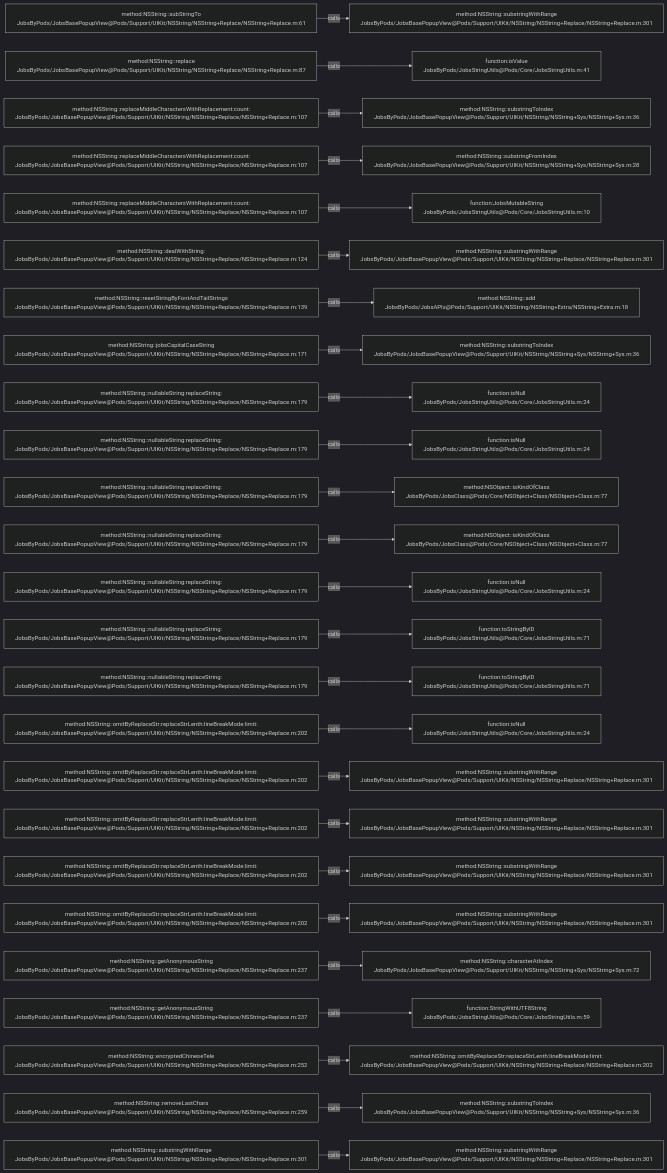
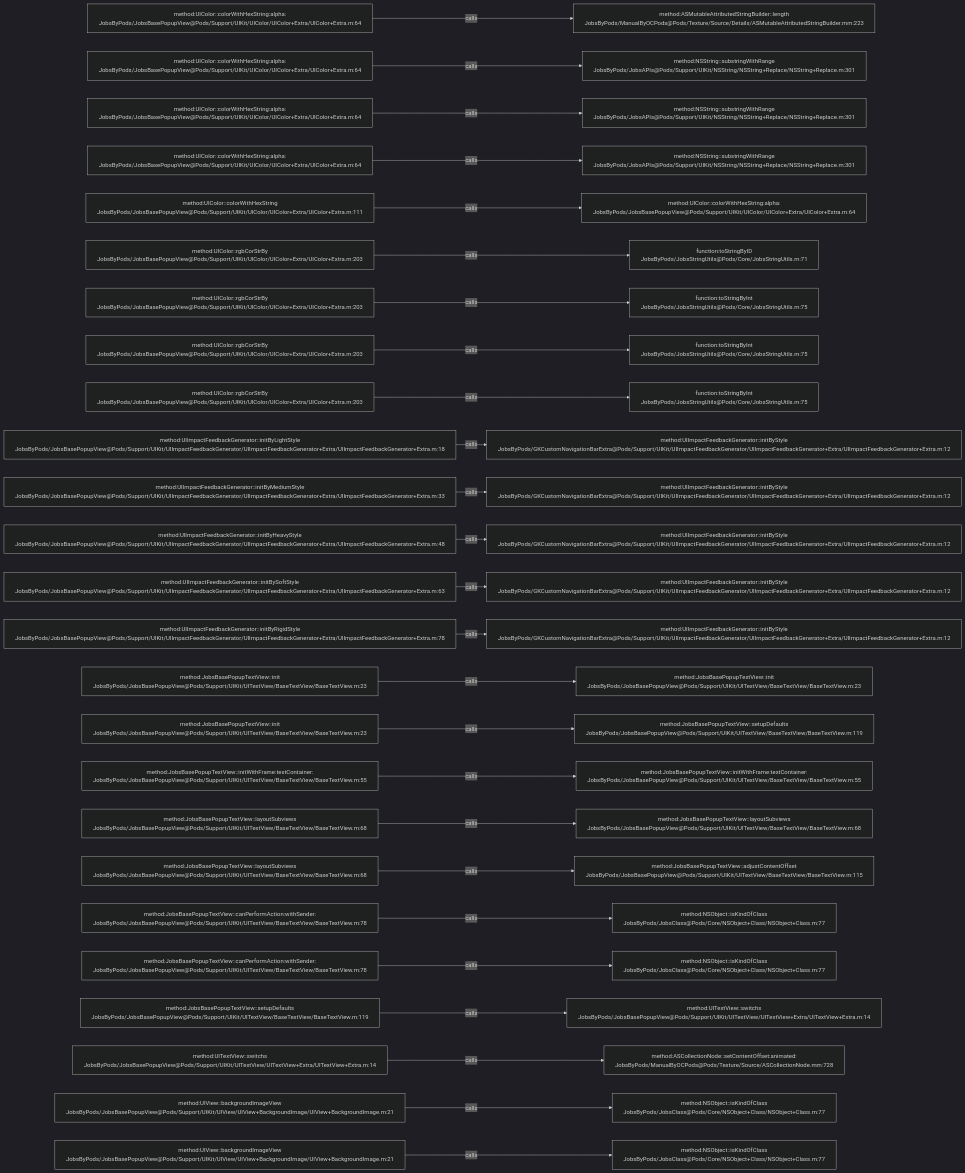
The diagram in .codegraph/codegraph.md/graphs/calls-025.md (JobsKits/JobsOCBaseConfigDemo), drawn with Mermaid (dark theme) before and after one commit. The commit also changed 1026 other files, not shown here.

````diff
--- a/.codegraph/codegraph.md/graphs/calls-025.md
+++ b/.codegraph/codegraph.md/graphs/calls-025.md
@@ -13,78 +13,78 @@
 ```mermaid
 flowchart LR
-  S1["method:NSString::subStringTo<br/>JobsByPods/JobsBasePopupView@Pods/Support/UIKit/NSString/NSString+Replace/NSString+Replace.m:61"]
-  T1["method:NSString::substringWithRange<br/>JobsByPods/JobsBasePopupView@Pods/Support/UIKit/NSString/NSString+Replace/NSString+Replace.m:301"]
+  S1["method:UIColor::colorWithHexString:alpha:<br/>JobsByPods/JobsBasePopupView@Pods/Support/UIKit/UIColor/UIColor+Extra/UIColor+Extra.m:64"]
+  T1["method:ASMutableAttributedStringBuilder::length<br/>JobsByPods/ManualByOCPods@Pods/Texture/Source/Details/ASMutableAttributedStringBuilder.mm:223"]
   S1 -->|calls| T1
-  S2["method:NSString::replace<br/>JobsByPods/JobsBasePopupView@Pods/Support/UIKit/NSString/NSString+Replace/NSString+Replace.m:87"]
-  T2["function:isValue<br/>JobsByPods/JobsStringUtils@Pods/Core/JobsStringUtils.m:41"]
+  S2["method:UIColor::colorWithHexString:alpha:<br/>JobsByPods/JobsBasePopupView@Pods/Support/UIKit/UIColor/UIColor+Extra/UIColor+Extra.m:64"]
+  T2["method:NSString::substringWithRange<br/>JobsByPods/JobsAPIs@Pods/Support/UIKit/NSString/NSString+Replace/NSString+Replace.m:301"]
   S2 -->|calls| T2
-  S3["method:NSString::replaceMiddleCharactersWithReplacement:count:<br/>JobsByPods/JobsBasePopupView@Pods/Support/UIKit/NSString/NSString+Replace/NSString+Replace.m:107"]
-  T3["method:NSString::substringToIndex<br/>JobsByPods/JobsBasePopupView@Pods/Support/UIKit/NSString/NSString+Sys/NSString+Sys.m:36"]
+  S3["method:UIColor::colorWithHexString:alpha:<br/>JobsByPods/JobsBasePopupView@Pods/Support/UIKit/UIColor/UIColor+Extra/UIColor+Extra.m:64"]
+  T3["method:NSString::substringWithRange<br/>JobsByPods/JobsAPIs@Pods/Support/UIKit/NSString/NSString+Replace/NSString+Replace.m:301"]
   S3 -->|calls| T3
-  S4["method:NSString::replaceMiddleCharactersWithReplacement:count:<br/>JobsByPods/JobsBasePopupView@Pods/Support/UIKit/NSString/NSString+Replace/NSString+Replace.m:107"]
-  T4["method:NSString::substringFromIndex<br/>JobsByPods/JobsBasePopupView@Pods/Support/UIKit/NSString/NSString+Sys/NSString+Sys.m:28"]
+  S4["method:UIColor::colorWithHexString:alpha:<br/>JobsByPods/JobsBasePopupView@Pods/Support/UIKit/UIColor/UIColor+Extra/UIColor+Extra.m:64"]
+  T4["method:NSString::substringWithRange<br/>JobsByPods/JobsAPIs@Pods/Support/UIKit/NSString/NSString+Replace/NSString+Replace.m:301"]
   S4 -->|calls| T4
-  S5["method:NSString::replaceMiddleCharactersWithReplacement:count:<br/>JobsByPods/JobsBasePopupView@Pods/Support/UIKit/NSString/NSString+Replace/NSString+Replace.m:107"]
-  T5["function:JobsMutableString<br/>JobsByPods/JobsStringUtils@Pods/Core/JobsStringUtils.m:10"]
+  S5["method:UIColor::colorWithHexString<br/>JobsByPods/JobsBasePopupView@Pods/Support/UIKit/UIColor/UIColor+Extra/UIColor+Extra.m:111"]
+  T5["method:UIColor::colorWithHexString:alpha:<br/>JobsByPods/JobsBasePopupView@Pods/Support/UIKit/UIColor/UIColor+Extra/UIColor+Extra.m:64"]
   S5 -->|calls| T5
-  S6["method:NSString::dealWithString:<br/>JobsByPods/JobsBasePopupView@Pods/Support/UIKit/NSString/NSString+Replace/NSString+Replace.m:124"]
-  T6["method:NSString::substringWithRange<br/>JobsByPods/JobsBasePopupView@Pods/Support/UIKit/NSString/NSString+Replace/NSString+Replace.m:301"]
+  S6["method:UIColor::rgbCorStrBy<br/>JobsByPods/JobsBasePopupView@Pods/Support/UIKit/UIColor/UIColor+Extra/UIColor+Extra.m:203"]
+  T6["function:toStringByID<br/>JobsByPods/JobsStringUtils@Pods/Core/JobsStringUtils.m:71"]
   S6 -->|calls| T6
-  S7["method:NSString::resetStringByFontAndTailStrings<br/>JobsByPods/JobsBasePopupView@Pods/Support/UIKit/NSString/NSString+Replace/NSString+Replace.m:139"]
-  T7["method:NSString::add<br/>JobsByPods/JobsAPIs@Pods/Support/UIKit/NSString/NSString+Extra/NSString+Extra.m:18"]
+  S7["method:UIColor::rgbCorStrBy<br/>JobsByPods/JobsBasePopupView@Pods/Support/UIKit/UIColor/UIColor+Extra/UIColor+Extra.m:203"]
+  T7["function:toStringByInt<br/>JobsByPods/JobsStringUtils@Pods/Core/JobsStringUtils.m:75"]
   S7 -->|calls| T7
-  S8["method:NSString::jobsCapitalCaseString<br/>JobsByPods/JobsBasePopupView@Pods/Support/UIKit/NSString/NSString+Replace/NSString+Replace.m:171"]
-  T8["method:NSString::substringToIndex<br/>JobsByPods/JobsBasePopupView@Pods/Support/UIKit/NSString/NSString+Sys/NSString+Sys.m:36"]
+  S8["method:UIColor::rgbCorStrBy<br/>JobsByPods/JobsBasePopupView@Pods/Support/UIKit/UIColor/UIColor+Extra/UIColor+Extra.m:203"]
+  T8["function:toStringByInt<br/>JobsByPods/JobsStringUtils@Pods/Core/JobsStringUtils.m:75"]
   S8 -->|calls| T8
-  S9["method:NSString::nullableString:replaceString:<br/>JobsByPods/JobsBasePopupView@Pods/Support/UIKit/NSString/NSString+Replace/NSString+Replace.m:179"]
-  T9["function:isNull<br/>JobsByPods/JobsStringUtils@Pods/Core/JobsStringUtils.m:24"]
+  S9["method:UIColor::rgbCorStrBy<br/>JobsByPods/JobsBasePopupView@Pods/Support/UIKit/UIColor/UIColor+Extra/UIColor+Extra.m:203"]
+  T9["function:toStringByInt<br/>JobsByPods/JobsStringUtils@Pods/Core/JobsStringUtils.m:75"]
   S9 -->|calls| T9
-  S10["method:NSString::nullableString:replaceString:<br/>JobsByPods/JobsBasePopupView@Pods/Support/UIKit/NSString/NSString+Replace/NSString+Replace.m:179"]
-  T10["function:isNull<br/>JobsByPods/JobsStringUtils@Pods/Core/JobsStringUtils.m:24"]
+  S10["method:UIImpactFeedbackGenerator::initByLightStyle<br/>JobsByPods/JobsBasePopupView@Pods/Support/UIKit/UIImpactFeedbackGenerator/UIImpactFeedbackGenerator+Extra/UIImpactFeedbackGenerator+Extra.m:18"]
+  T10["method:UIImpactFeedbackGenerator::initByStyle<br/>JobsByPods/GKCustomNavigationBarExtra@Pods/Support/UIKit/UIImpactFeedbackGenerator/UIImpactFeedbackGenerator+Extra/UIImpactFeedbackGenerator+Extra.m:12"]
   S10 -->|calls| T10
-  S11["method:NSString::nullableString:replaceString:<br/>JobsByPods/JobsBasePopupView@Pods/Support/UIKit/NSString/NSString+Replace/NSString+Replace.m:179"]
-  T11["method:NSObject::isKindOfClass<br/>JobsByPods/JobsClass@Pods/Core/NSObject+Class/NSObject+Class.m:77"]
+  S11["method:UIImpactFeedbackGenerator::initByMediumStyle<br/>JobsByPods/JobsBasePopupView@Pods/Support/UIKit/UIImpactFeedbackGenerator/UIImpactFeedbackGenerator+Extra/UIImpactFeedbackGenerator+Extra.m:33"]
+  T11["method:UIImpactFeedbackGenerator::initByStyle<br/>JobsByPods/GKCustomNavigationBarExtra@Pods/Support/UIKit/UIImpactFeedbackGenerator/UIImpactFeedbackGenerator+Extra/UIImpactFeedbackGenerator+Extra.m:12"]
   S11 -->|calls| T11
-  S12["method:NSString::nullableString:replaceString:<br/>JobsByPods/JobsBasePopupView@Pods/Support/UIKit/NSString/NSString+Replace/NSString+Replace.m:179"]
-  T12["method:NSObject::isKindOfClass<br/>JobsByPods/JobsClass@Pods/Core/NSObject+Class/NSObject+Class.m:77"]
+  S12["method:UIImpactFeedbackGenerator::initByHeavyStyle<br/>JobsByPods/JobsBasePopupView@Pods/Support/UIKit/UIImpactFeedbackGenerator/UIImpactFeedbackGenerator+Extra/UIImpactFeedbackGenerator+Extra.m:48"]
+  T12["method:UIImpactFeedbackGenerator::initByStyle<br/>JobsByPods/GKCustomNavigationBarExtra@Pods/Support/UIKit/UIImpactFeedbackGenerator/UIImpactFeedbackGenerator+Extra/UIImpactFeedbackGenerator+Extra.m:12"]
   S12 -->|calls| T12
-  S13["method:NSString::nullableString:replaceString:<br/>JobsByPods/JobsBasePopupView@Pods/Support/UIKit/NSString/NSString+Replace/NSString+Replace.m:179"]
-  T13["function:isNull<br/>JobsByPods/JobsStringUtils@Pods/Core/JobsStringUtils.m:24"]
+  S13["method:UIImpactFeedbackGenerator::initBySoftStyle<br/>JobsByPods/JobsBasePopupView@Pods/Support/UIKit/UIImpactFeedbackGenerator/UIImpactFeedbackGenerator+Extra/UIImpactFeedbackGenerator+Extra.m:63"]
+  T13["method:UIImpactFeedbackGenerator::initByStyle<br/>JobsByPods/GKCustomNavigationBarExtra@Pods/Support/UIKit/UIImpactFeedbackGenerator/UIImpactFeedbackGenerator+Extra/UIImpactFeedbackGenerator+Extra.m:12"]
   S13 -->|calls| T13
-  S14["method:NSString::nullableString:replaceString:<br/>JobsByPods/JobsBasePopupView@Pods/Support/UIKit/NSString/NSString+Replace/NSString+Replace.m:179"]
-  T14["function:toStringByID<br/>JobsByPods/JobsStringUtils@Pods/Core/JobsStringUtils.m:71"]
+  S14["method:UIImpactFeedbackGenerator::initByRigidStyle<br/>JobsByPods/JobsBasePopupView@Pods/Support/UIKit/UIImpactFeedbackGenerator/UIImpactFeedbackGenerator+Extra/UIImpactFeedbackGenerator+Extra.m:78"]
+  T14["method:UIImpactFeedbackGenerator::initByStyle<br/>JobsByPods/GKCustomNavigationBarExtra@Pods/Support/UIKit/UIImpactFeedbackGenerator/UIImpactFeedbackGenerator+Extra/UIImpactFeedbackGenerator+Extra.m:12"]
   S14 -->|calls| T14
-  S15["method:NSString::nullableString:replaceString:<br/>JobsByPods/JobsBasePopupView@Pods/Support/UIKit/NSString/NSString+Replace/NSString+Replace.m:179"]
-  T15["function:toStringByID<br/>JobsByPods/JobsStringUtils@Pods/Core/JobsStringUtils.m:71"]
+  S15["method:JobsBasePopupTextView::init<br/>JobsByPods/JobsBasePopupView@Pods/Support/UIKit/UITextView/BaseTextView/BaseTextView.m:23"]
+  T15["method:JobsBasePopupTextView::init<br/>JobsByPods/JobsBasePopupView@Pods/Support/UIKit/UITextView/BaseTextView/BaseTextView.m:23"]
   S15 -->|calls| T15
-  S16["method:NSString::omitByReplaceStr:replaceStrLenth:lineBreakMode:limit:<br/>JobsByPods/JobsBasePopupView@Pods/Support/UIKit/NSString/NSString+Replace/NSString+Replace.m:202"]
-  T16["function:isNull<br/>JobsByPods/JobsStringUtils@Pods/Core/JobsStringUtils.m:24"]
+  S16["method:JobsBasePopupTextView::init<br/>JobsByPods/JobsBasePopupView@Pods/Support/UIKit/UITextView/BaseTextView/BaseTextView.m:23"]
+  T16["method:JobsBasePopupTextView::setupDefaults<br/>JobsByPods/JobsBasePopupView@Pods/Support/UIKit/UITextView/BaseTextView/BaseTextView.m:119"]
   S16 -->|calls| T16
-  S17["method:NSString::omitByReplaceStr:replaceStrLenth:lineBreakMode:limit:<br/>JobsByPods/JobsBasePopupView@Pods/Support/UIKit/NSString/NSString+Replace/NSString+Replace.m:202"]
-  T17["method:NSString::substringWithRange<br/>JobsByPods/JobsBasePopupView@Pods/Support/UIKit/NSString/NSString+Replace/NSString+Replace.m:301"]
+  S17["method:JobsBasePopupTextView::initWithFrame:textContainer:<br/>JobsByPods/JobsBasePopupView@Pods/Support/UIKit/UITextView/BaseTextView/BaseTextView.m:55"]
+  T17["method:JobsBasePopupTextView::initWithFrame:textContainer:<br/>JobsByPods/JobsBasePopupView@Pods/Support/UIKit/UITextView/BaseTextView/BaseTextView.m:55"]
   S17 -->|calls| T17
-  S18["method:NSString::omitByReplaceStr:replaceStrLenth:lineBreakMode:limit:<br/>JobsByPods/JobsBasePopupView@Pods/Support/UIKit/NSString/NSString+Replace/NSString+Replace.m:202"]
-  T18["method:NSString::substringWithRange<br/>JobsByPods/JobsBasePopupView@Pods/Support/UIKit/NSString/NSString+Replace/NSString+Replace.m:301"]
+  S18["method:JobsBasePopupTextView::layoutSubviews<br/>JobsByPods/JobsBasePopupView@Pods/Support/UIKit/UITextView/BaseTextView/BaseTextView.m:68"]
+  T18["method:JobsBasePopupTextView::layoutSubviews<br/>JobsByPods/JobsBasePopupView@Pods/Support/UIKit/UITextView/BaseTextView/BaseTextView.m:68"]
   S18 -->|calls| T18
-  S19["method:NSString::omitByReplaceStr:replaceStrLenth:lineBreakMode:limit:<br/>JobsByPods/JobsBasePopupView@Pods/Support/UIKit/NSString/NSString+Replace/NSString+Replace.m:202"]
-  T19["method:NSString::substringWithRange<br/>JobsByPods/JobsBasePopupView@Pods/Support/UIKit/NSString/NSString+Replace/NSString+Replace.m:301"]
+  S19["method:JobsBasePopupTextView::layoutSubviews<br/>JobsByPods/JobsBasePopupView@Pods/Support/UIKit/UITextView/BaseTextView/BaseTextView.m:68"]
+  T19["method:JobsBasePopupTextView::adjustContentOffset<br/>JobsByPods/JobsBasePopupView@Pods/Support/UIKit/UITextView/BaseTextView/BaseTextView.m:115"]
   S19 -->|calls| T19
-  S20["method:NSString::omitByReplaceStr:replaceStrLenth:lineBreakMode:limit:<br/>JobsByPods/JobsBasePopupView@Pods/Support/UIKit/NSString/NSString+Replace/NSString+Replace.m:202"]
-  T20["method:NSString::substringWithRange<br/>JobsByPods/JobsBasePopupView@Pods/Support/UIKit/NSString/NSString+Replace/NSString+Replace.m:301"]
+  S20["method:JobsBasePopupTextView::canPerformAction:withSender:<br/>JobsByPods/JobsBasePopupView@Pods/Support/UIKit/UITextView/BaseTextView/BaseTextView.m:78"]
+  T20["method:NSObject::isKindOfClass<br/>JobsByPods/JobsClass@Pods/Core/NSObject+Class/NSObject+Class.m:77"]
   S20 -->|calls| T20
-  S21["method:NSString::getAnonymousString<br/>JobsByPods/JobsBasePopupView@Pods/Support/UIKit/NSString/NSString+Replace/NSString+Replace.m:237"]
-  T21["method:NSString::characterAtIndex<br/>JobsByPods/JobsBasePopupView@Pods/Support/UIKit/NSString/NSString+Sys/NSString+Sys.m:72"]
+  S21["method:JobsBasePopupTextView::canPerformAction:withSender:<br/>JobsByPods/JobsBasePopupView@Pods/Support/UIKit/UITextView/BaseTextView/BaseTextView.m:78"]
+  T21["method:NSObject::isKindOfClass<br/>JobsByPods/JobsClass@Pods/Core/NSObject+Class/NSObject+Class.m:77"]
   S21 -->|calls| T21
-  S22["method:NSString::getAnonymousString<br/>JobsByPods/JobsBasePopupView@Pods/Support/UIKit/NSString/NSString+Replace/NSString+Replace.m:237"]
-  T22["function:StringWithUTF8String<br/>JobsByPods/JobsStringUtils@Pods/Core/JobsStringUtils.m:59"]
+  S22["method:JobsBasePopupTextView::setupDefaults<br/>JobsByPods/JobsBasePopupView@Pods/Support/UIKit/UITextView/BaseTextView/BaseTextView.m:119"]
+  T22["method:UITextView::switchs<br/>JobsByPods/JobsBasePopupView@Pods/Support/UIKit/UITextView/UITextView+Extra/UITextView+Extra.m:14"]
   S22 -->|calls| T22
-  S23["method:NSString::encryptedChineseTele<br/>JobsByPods/JobsBasePopupView@Pods/Support/UIKit/NSString/NSString+Replace/NSString+Replace.m:252"]
-  T23["method:NSString::omitByReplaceStr:replaceStrLenth:lineBreakMode:limit:<br/>JobsByPods/JobsBasePopupView@Pods/Support/UIKit/NSString/NSString+Replace/NSString+Replace.m:202"]
+  S23["method:UITextView::switchs<br/>JobsByPods/JobsBasePopupView@Pods/Support/UIKit/UITextView/UITextView+Extra/UITextView+Extra.m:14"]
+  T23["method:ASCollectionNode::setContentOffset:animated:<br/>JobsByPods/ManualByOCPods@Pods/Texture/Source/ASCollectionNode.mm:728"]
   S23 -->|calls| T23
-  S24["method:NSString::removeLastChars<br/>JobsByPods/JobsBasePopupView@Pods/Support/UIKit/NSString/NSString+Replace/NSString+Replace.m:259"]
-  T24["method:NSString::substringToIndex<br/>JobsByPods/JobsBasePopupView@Pods/Support/UIKit/NSString/NSString+Sys/NSString+Sys.m:36"]
+  S24["method:UIView::backgroundImageView<br/>JobsByPods/JobsBasePopupView@Pods/Support/UIKit/UIView/UIView+BackgroundImage/UIView+BackgroundImage.m:21"]
+  T24["method:NSObject::isKindOfClass<br/>JobsByPods/JobsClass@Pods/Core/NSObject+Class/NSObject+Class.m:77"]
   S24 -->|calls| T24
-  S25["method:NSString::substringWithRange<br/>JobsByPods/JobsBasePopupView@Pods/Support/UIKit/NSString/NSString+Replace/NSString+Replace.m:301"]
-  T25["method:NSString::substringWithRange<br/>JobsByPods/JobsBasePopupView@Pods/Support/UIKit/NSString/NSString+Replace/NSString+Replace.m:301"]
+  S25["method:UIView::backgroundImageView<br/>JobsByPods/JobsBasePopupView@Pods/Support/UIKit/UIView/UIView+BackgroundImage/UIView+BackgroundImage.m:21"]
+  T25["method:NSObject::isKindOfClass<br/>JobsByPods/JobsClass@Pods/Core/NSObject+Class/NSObject+Class.m:77"]
   S25 -->|calls| T25
 ```
````
